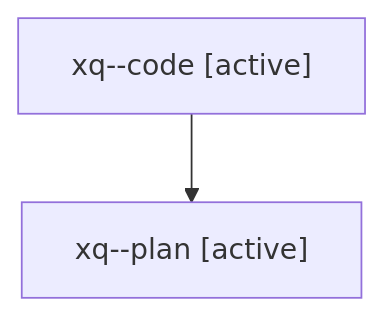
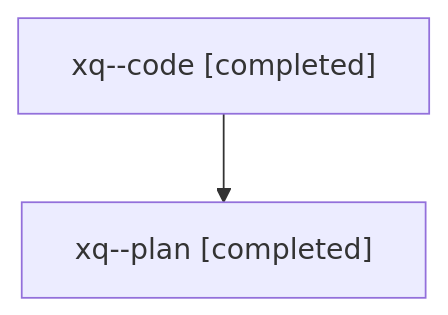
One commit to sase-org/sase--agents changed the diagram in families/bbugyi200.athena.xq.md. Above: the diagram before and after it, drawn with Mermaid. The commit also changed other lines of this file and 17 other files, not shown here.

````diff
--- a/families/bbugyi200.athena.xq.md
+++ b/families/bbugyi200.athena.xq.md
@@ -9,6 +9,6 @@
 ```mermaid
 flowchart TD
-  n0["xq--code [active]"]
-  n1["xq--plan [active]"]
+  n0["xq--code [completed]"]
+  n1["xq--plan [completed]"]
   n0 --> n1
 ```
````
